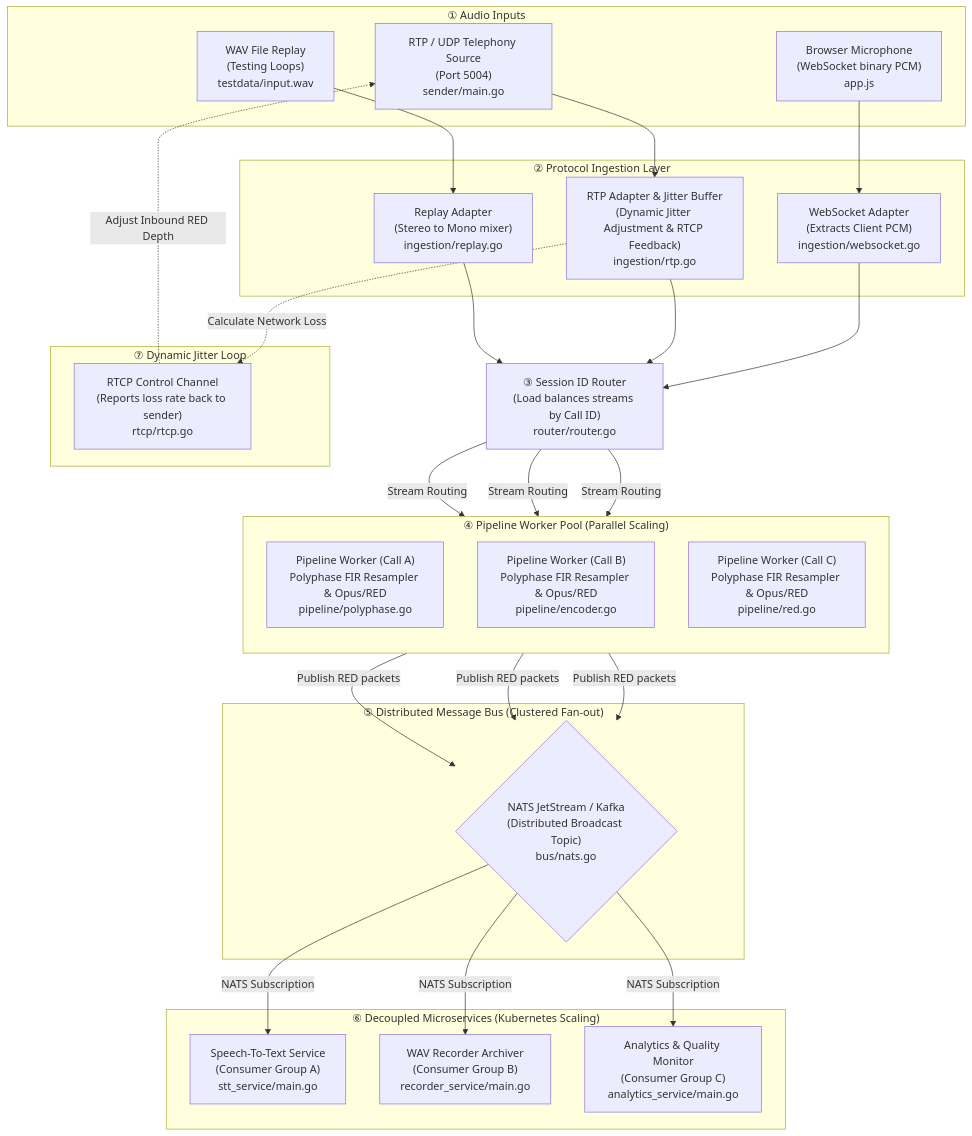
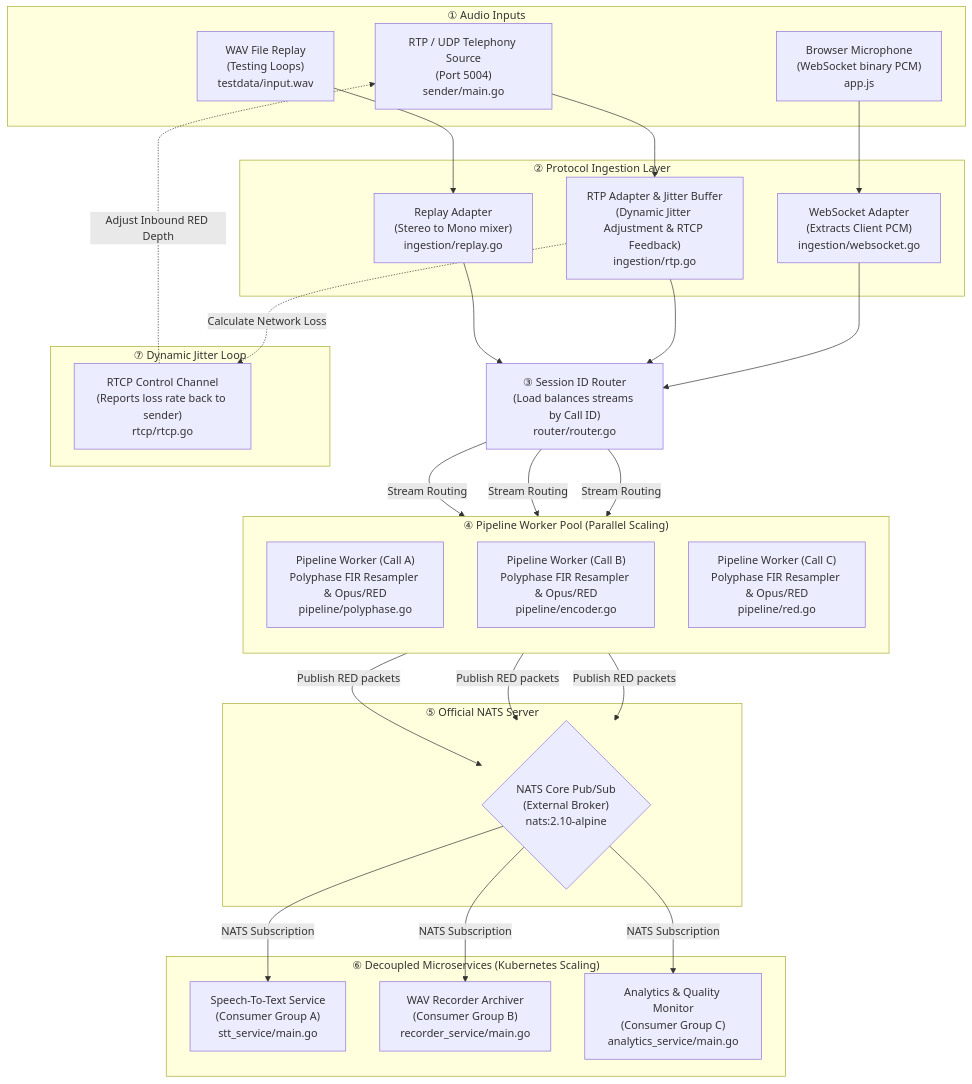
The first of 2 diagrams in README.md (YashBehera/voice-ingestion), drawn with Mermaid before and after one commit. The commit also changed other lines of this file and 17 other files, not shown here.

Commit message:
refactor: replace custom TCP-based NATS bus with official NATS Go client integration

````diff
--- a/README.md
+++ b/README.md
@@ -11,55 +11,55 @@
 ```mermaid
 flowchart TD
 
   subgraph Inputs["① Audio Inputs"]
     MIC["Browser Microphone<br/>(WebSocket binary PCM)<br/>app.js"]
     RTP["RTP / UDP Telephony Source<br/>(Port 5004)<br/>sender/main.go"]
     WAV["WAV File Replay<br/>(Testing Loops)<br/>testdata/input.wav"]
   end
 
   subgraph Adapters["② Protocol Ingestion Layer"]
     WS["WebSocket Adapter<br/>(Extracts Client PCM)<br/>ingestion/websocket.go"]
     RA["RTP Adapter & Jitter Buffer<br/>(Dynamic Jitter Adjustment & RTCP Feedback)<br/>ingestion/rtp.go"]
     FA["Replay Adapter<br/>(Stereo to Mono mixer)<br/>ingestion/replay.go"]
   end
 
   MIC --> WS
   RTP --> RA
   WAV --> FA
 
   WS & RA & FA --> Router["③ Session ID Router<br/>(Load balances streams by Call ID)<br/>router/router.go"]
 
   subgraph Pool["④ Pipeline Worker Pool (Parallel Scaling)"]
     direction TB
     W1["Pipeline Worker (Call A)<br/>Polyphase FIR Resampler & Opus/RED<br/>pipeline/polyphase.go"]
     W2["Pipeline Worker (Call B)<br/>Polyphase FIR Resampler & Opus/RED<br/>pipeline/encoder.go"]
     W3["Pipeline Worker (Call C)<br/>Polyphase FIR Resampler & Opus/RED<br/>pipeline/red.go"]
   end
 
   Router -->|Stream Routing| W1
   Router -->|Stream Routing| W2
   Router -->|Stream Routing| W3
 
-  subgraph Broker["⑤ Distributed Message Bus (Clustered Fan-out)"]
-    NATS{"NATS JetStream / Kafka<br/>(Distributed Broadcast Topic)<br/>bus/nats.go"}
+  subgraph Broker["⑤ Official NATS Server"]
+    NATS{"NATS Core Pub/Sub<br/>(External Broker)<br/>nats:2.10-alpine"}
   end
 
   W1 & W2 & W3 -->|Publish RED packets| NATS
 
   subgraph Consumers["⑥ Decoupled Microservices (Kubernetes Scaling)"]
     STT["Speech-To-Text Service<br/>(Consumer Group A)<br/>stt_service/main.go"]
     REC["WAV Recorder Archiver<br/>(Consumer Group B)<br/>recorder_service/main.go"]
     MET["Analytics & Quality Monitor<br/>(Consumer Group C)<br/>analytics_service/main.go"]
   end
 
   NATS -->|NATS Subscription| STT
   NATS -->|NATS Subscription| REC
   NATS -->|NATS Subscription| MET
 
   subgraph Feedback["⑦ Dynamic Jitter Loop"]
     RTCP["RTCP Control Channel<br/>(Reports loss rate back to sender)<br/>rtcp/rtcp.go"]
   end
   
   RA -.->|Calculate Network Loss| RTCP
   RTCP -.->|Adjust Inbound RED Depth| RTP
 ```
````
